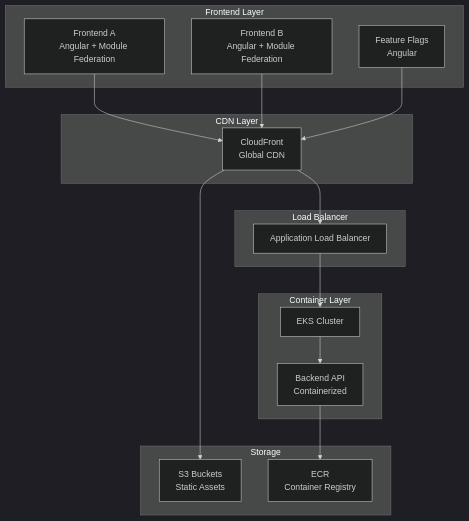
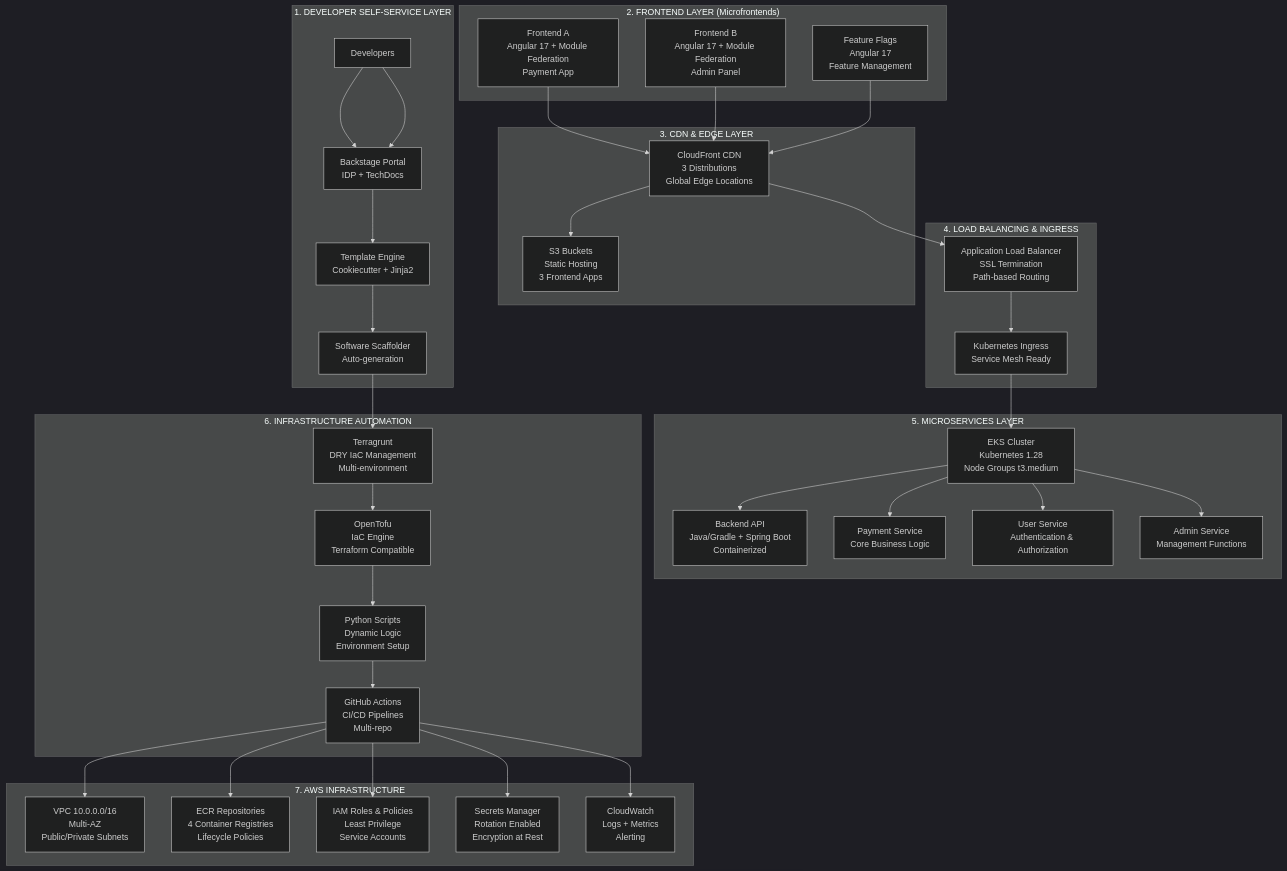
One commit to giovanemere/billpay changed the diagram in docs/architecture.md. Above: the diagram before and after it, drawn with Mermaid (dark theme). The commit also changed other lines of this file and 10 other files, not shown here.

Commit message:
feat: Update project documentation for multi-cloud architecture

````diff
--- a/docs/architecture.md
+++ b/docs/architecture.md
@@ -5,35 +5,60 @@
 ```mermaid
 graph TB
-    subgraph "Frontend Layer"
-        FA[Frontend A<br/>Angular + Module Federation]
-        FB[Frontend B<br/>Angular + Module Federation]
-        FF[Feature Flags<br/>Angular]
+    subgraph "1. DEVELOPER SELF-SERVICE LAYER"
+        DEV[Developers] --> BACKSTAGE[Backstage Portal<br/>IDP + TechDocs]
+        BACKSTAGE --> TEMPLATES[Template Engine<br/>Cookiecutter + Jinja2]
+        TEMPLATES --> SCAFFOLDER[Software Scaffolder<br/>Auto-generation]
     end
     
-    subgraph "CDN Layer"
-        CF[CloudFront<br/>Global CDN]
+    subgraph "2. FRONTEND LAYER (Microfrontends)"
+        FA[Frontend A<br/>Angular 17 + Module Federation<br/>Payment App]
+        FB[Frontend B<br/>Angular 17 + Module Federation<br/>Admin Panel] 
+        FF[Feature Flags<br/>Angular 17<br/>Feature Management]
     end
     
-    subgraph "Load Balancer"
-        ALB[Application Load Balancer]
+    subgraph "3. CDN & EDGE LAYER"
+        CF[CloudFront CDN<br/>3 Distributions<br/>Global Edge Locations]
+        S3[S3 Buckets<br/>Static Hosting<br/>3 Frontend Apps]
     end
     
-    subgraph "Container Layer"
-        EKS[EKS Cluster]
-        BE[Backend API<br/>Containerized]
+    subgraph "4. LOAD BALANCING & INGRESS"
+        ALB[Application Load Balancer<br/>SSL Termination<br/>Path-based Routing]
+        INGRESS[Kubernetes Ingress<br/>Service Mesh Ready]
     end
     
-    subgraph "Storage"
-        S3[S3 Buckets<br/>Static Assets]
-        ECR[ECR<br/>Container Registry]
+    subgraph "5. MICROSERVICES LAYER"
+        EKS[EKS Cluster<br/>Kubernetes 1.28<br/>Node Groups t3.medium]
+        BACKEND[Backend API<br/>Java/Gradle + Spring Boot<br/>Containerized]
+        PAYMENT[Payment Service<br/>Core Business Logic]
+        USER[User Service<br/>Authentication & Authorization]
+        ADMIN[Admin Service<br/>Management Functions]
     end
     
-    FA --> CF
-    FB --> CF
-    FF --> CF
+    subgraph "6. INFRASTRUCTURE AUTOMATION"
+        TERRAGRUNT[Terragrunt<br/>DRY IaC Management<br/>Multi-environment]
+        OPENTOFU[OpenTofu<br/>IaC Engine<br/>Terraform Compatible]
+        PYTHON[Python Scripts<br/>Dynamic Logic<br/>Environment Setup]
+        GITHUB[GitHub Actions<br/>CI/CD Pipelines<br/>Multi-repo]
+    end
+    
+    subgraph "7. AWS INFRASTRUCTURE"
+        VPC[VPC 10.0.0.0/16<br/>Multi-AZ<br/>Public/Private Subnets]
+        ECR[ECR Repositories<br/>4 Container Registries<br/>Lifecycle Policies]
+        IAM[IAM Roles & Policies<br/>Least Privilege<br/>Service Accounts]
+        SECRETS[Secrets Manager<br/>Rotation Enabled<br/>Encryption at Rest]
+        MONITORING[CloudWatch<br/>Logs + Metrics<br/>Alerting]
+    end
+    
+    DEV --> BACKSTAGE
+    SCAFFOLDER --> TERRAGRUNT
+    FA & FB & FF --> CF
+    CF --> S3
     CF --> ALB
-    ALB --> EKS
-    EKS --> BE
-    BE --> ECR
-    CF --> S3
+    ALB --> INGRESS
+    INGRESS --> EKS
+    EKS --> BACKEND & PAYMENT & USER & ADMIN
+    TERRAGRUNT --> OPENTOFU
+    OPENTOFU --> PYTHON
+    PYTHON --> GITHUB
+    GITHUB --> VPC & ECR & IAM & SECRETS & MONITORING
 ```
````
